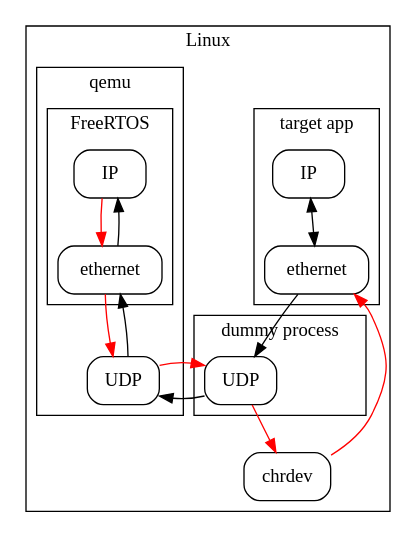
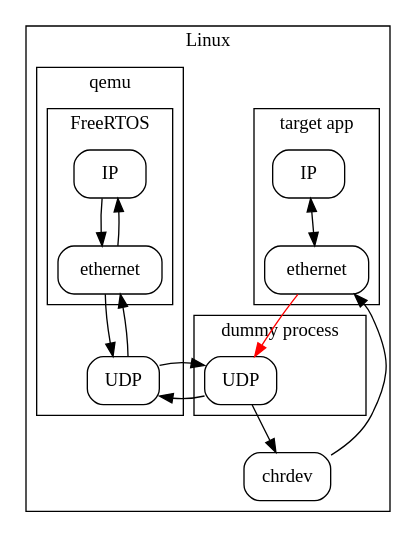
Before and after one commit to tyano461/virtether: the diagram in doc/qemu_system.dot, drawn with Graphviz. The commit also changed 3 other files, not shown here.

```diff
--- a/doc/qemu_system.dot
+++ b/doc/qemu_system.dot
@@ -1,46 +1,46 @@
 digraph D {
     rankdir = TD;
     newrank=true;
 
     node[shape="box", style="rounded"]
     subgraph cluster_Linux {
         label="Linux"
 
         subgraph cluster_Target {
             label="target app"
 
             lip[label="IP"]
             lap[label="ethernet"]
             lip->lap[dir="both"]
         }
         chrdev
         subgraph cluster_dummy {
             label="dummy process"
             some[label="UDP"]
         }
         subgraph cluster_qemu {
             label="qemu"
             f[label="UDP"]
 
             subgraph cluster_FreeRTOS {
                 label="FreeRTOS"
                 rip[label="IP"]
                 rap[label="ethernet"] 
-                rip->rap[color="red"]
+                rip->rap[]
                 rip->rap[dir="back"]
             }
         }
     }
-    lap -> some
-    chrdev->lap[color="red"]
-    rap -> f[color="red"]
+    lap -> some[color="red"]
+    chrdev->lap
+    rap -> f
     rap -> f[dir="back"]
-    some -> f[]
-    some -> f[dir="back",color="red"]
-    some -> chrdev[color="red"]
+    some -> f
+    some -> f[dir="back"]
+    some -> chrdev
     lip->some[style="invis"]
 
     { rank=same; lip; rip; }
     { rank=same; lap; rap; }
     { rank=same; some; f; }
 }
```
